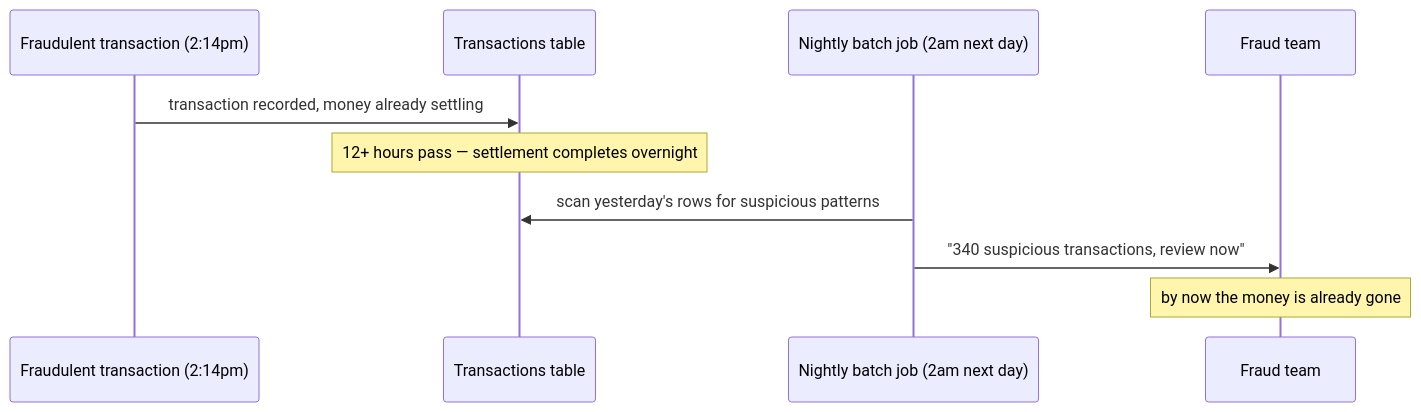
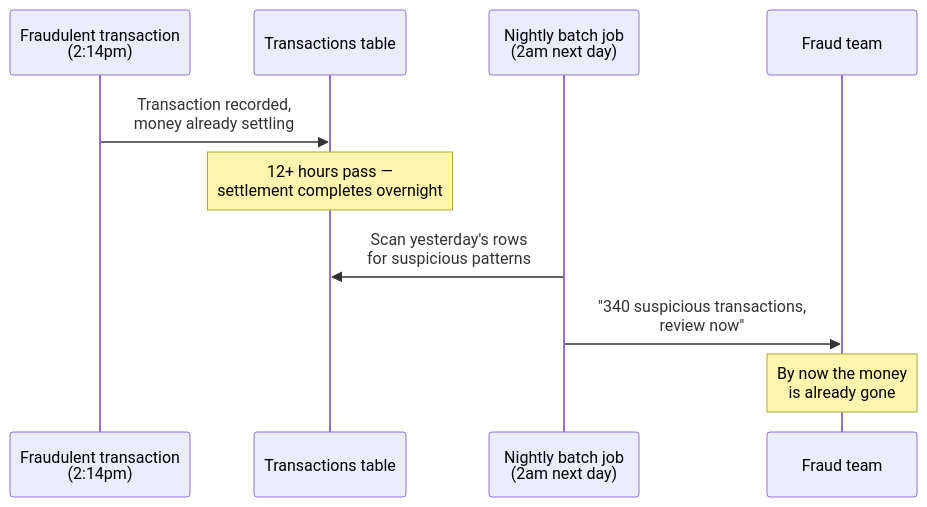
Before and after one commit to riyaz-pasha/Learnings: the first of 14 diagrams in system-design/HLD/0-course/56-Design-a-Fraud-Detection-System-FAANG-Guide-story.md, drawn with Mermaid. The commit also changed other lines of this file and 1 other file, not shown here.

Commit message:
[REWRITE] Fraud Detection System story guide: simplify prose, add structure, fix diagrams

````diff
--- a/system-design/HLD/0-course/56-Design-a-Fraud-Detection-System-FAANG-Guide-story.md
+++ b/system-design/HLD/0-course/56-Design-a-Fraud-Detection-System-FAANG-Guide-story.md
@@ -15,13 +56,13 @@
 ```mermaid
 sequenceDiagram
-    participant Txn as Fraudulent transaction (2:14pm)
+    participant Txn as Fraudulent transaction<br/>(2:14pm)
     participant DB as Transactions table
-    participant Batch as Nightly batch job (2am next day)
+    participant Batch as Nightly batch job<br/>(2am next day)
     participant Team as Fraud team
 
-    Txn->>DB: transaction recorded, money already settling
-    Note over DB: 12+ hours pass — settlement completes overnight
-    Batch->>DB: scan yesterday's rows for suspicious patterns
-    Batch->>Team: "340 suspicious transactions, review now"
-    Note over Team: by now the money is already gone
+    Txn->>DB: Transaction recorded,<br/>money already settling
+    Note over DB: 12+ hours pass —<br/>settlement completes overnight
+    Batch->>DB: Scan yesterday's rows<br/>for suspicious patterns
+    Batch->>Team: "340 suspicious transactions,<br/>review now"
+    Note over Team: By now the money<br/>is already gone
 ```
````
